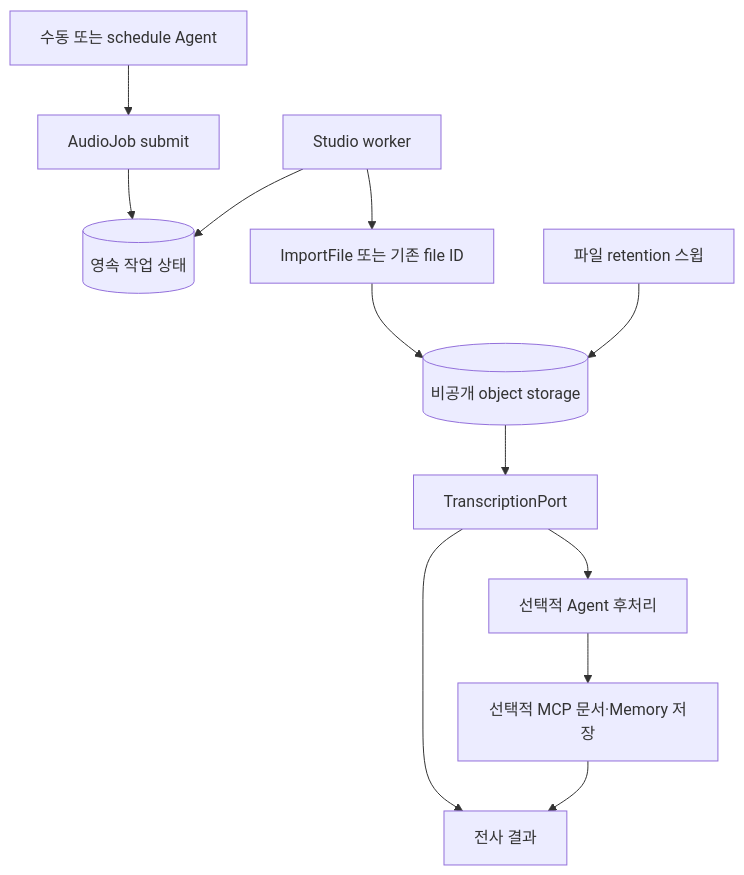
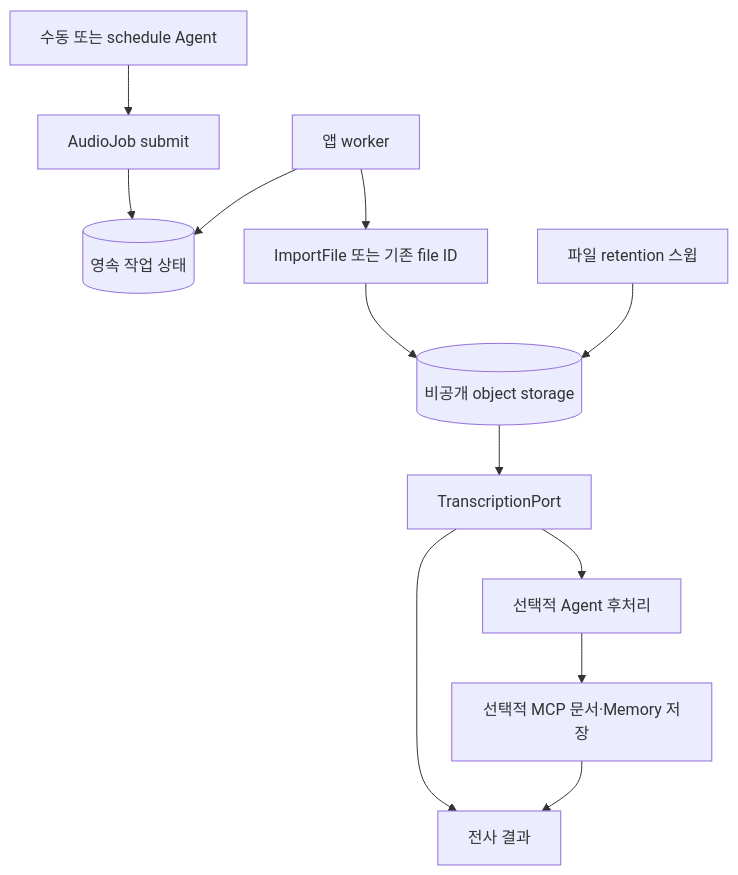
The diagram in docs/design/audio-processing-spec.md (opspresso/agent-studio), drawn with Mermaid before and after one commit. The commit also changed other lines of this file and 62 other files, not shown here.

````diff
--- a/docs/design/audio-processing-spec.md
+++ b/docs/design/audio-processing-spec.md
@@ -99,14 +99,14 @@
 ```mermaid
 flowchart TD
   S[수동 또는 schedule Agent] --> Q[AudioJob submit]
   Q --> J[(영속 작업 상태)]
-  W[Studio worker] --> J
+  W[앱 worker] --> J
   W --> I[ImportFile 또는 기존 file ID]
   I --> O[(비공개 object storage)]
   O --> A[TranscriptionPort]
   A --> F[선택적 Agent 후처리]
   F --> D[선택적 MCP 문서·Memory 저장]
   A --> C[전사 결과]
   D --> C
   E[파일 retention 스윕] --> O
 ```
````
